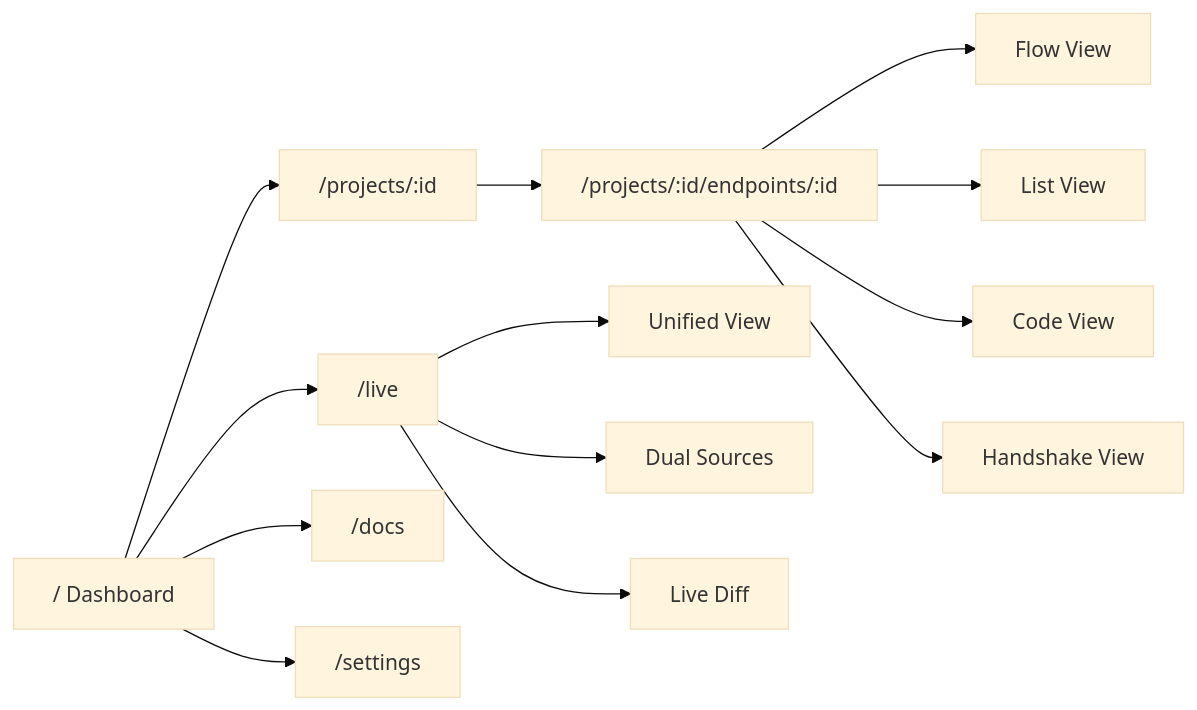
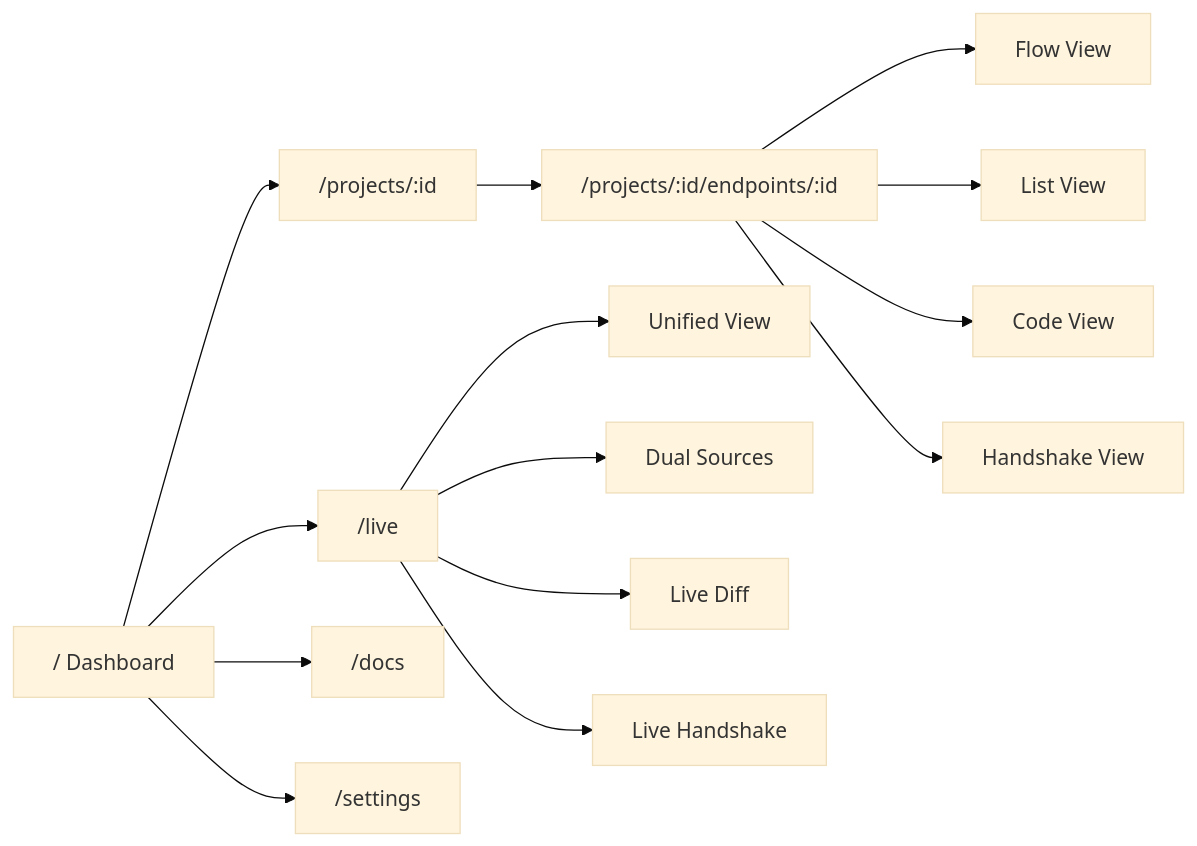
Before and after one commit to Tanush1912/cohesion-app: the ninth of 9 diagrams in README.md, drawn with Mermaid (base theme). The commit also changed other lines of this file, not shown here.

First line of the commit message:
Update README with GitHub App integration, Live Handshake, and current features

````diff
--- a/README.md
+++ b/README.md
@@ -502,17 +594,18 @@
 ```mermaid
 flowchart LR
     Dashboard["/ Dashboard"] --> Project["/projects/:id"]
     Project --> Endpoint["/projects/:id/endpoints/:id"]
     Dashboard --> Live["/live"]
     Dashboard --> Docs["/docs"]
     Dashboard --> Settings["/settings"]
 
     Live --> Unified["Unified View"]
     Live --> Dual["Dual Sources"]
     Live --> Diff["Live Diff"]
+    Live --> Handshake["Live Handshake"]
 
     Endpoint --> Flow["Flow View"]
     Endpoint --> List["List View"]
     Endpoint --> Code["Code View"]
-    Endpoint --> Handshake["Handshake View"]
+    Endpoint --> HandshakeView["Handshake View"]
 ```
````
